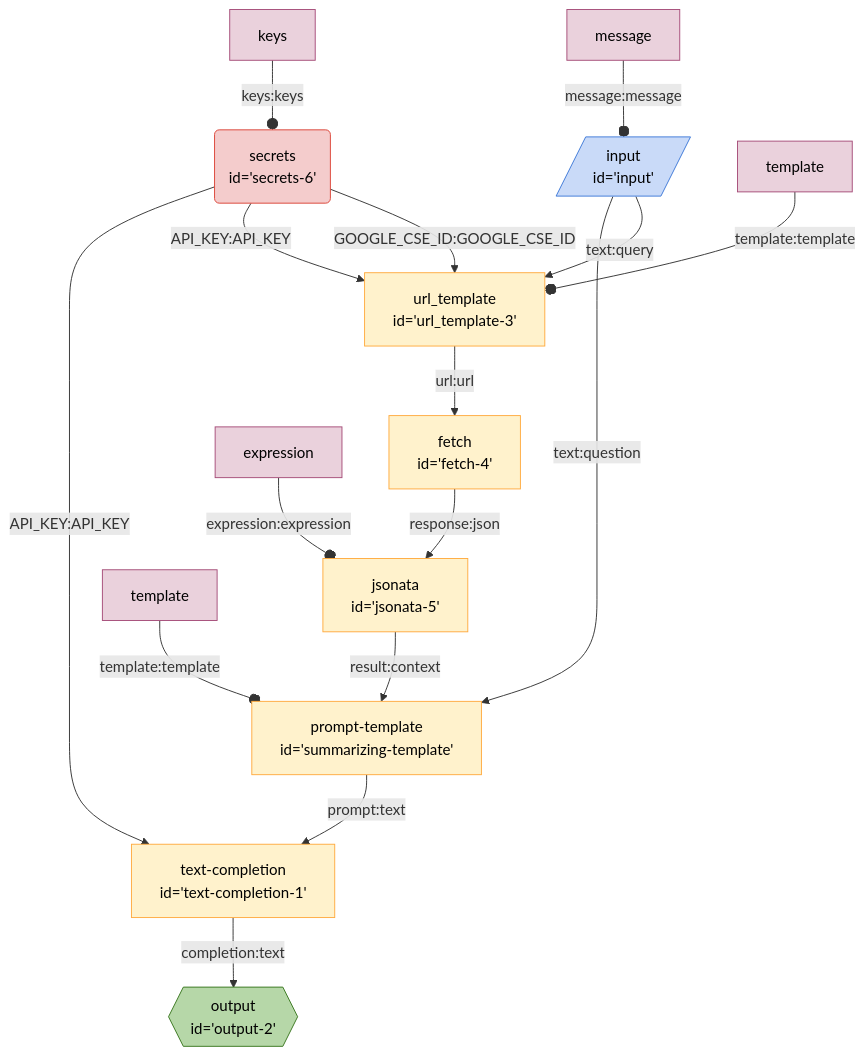
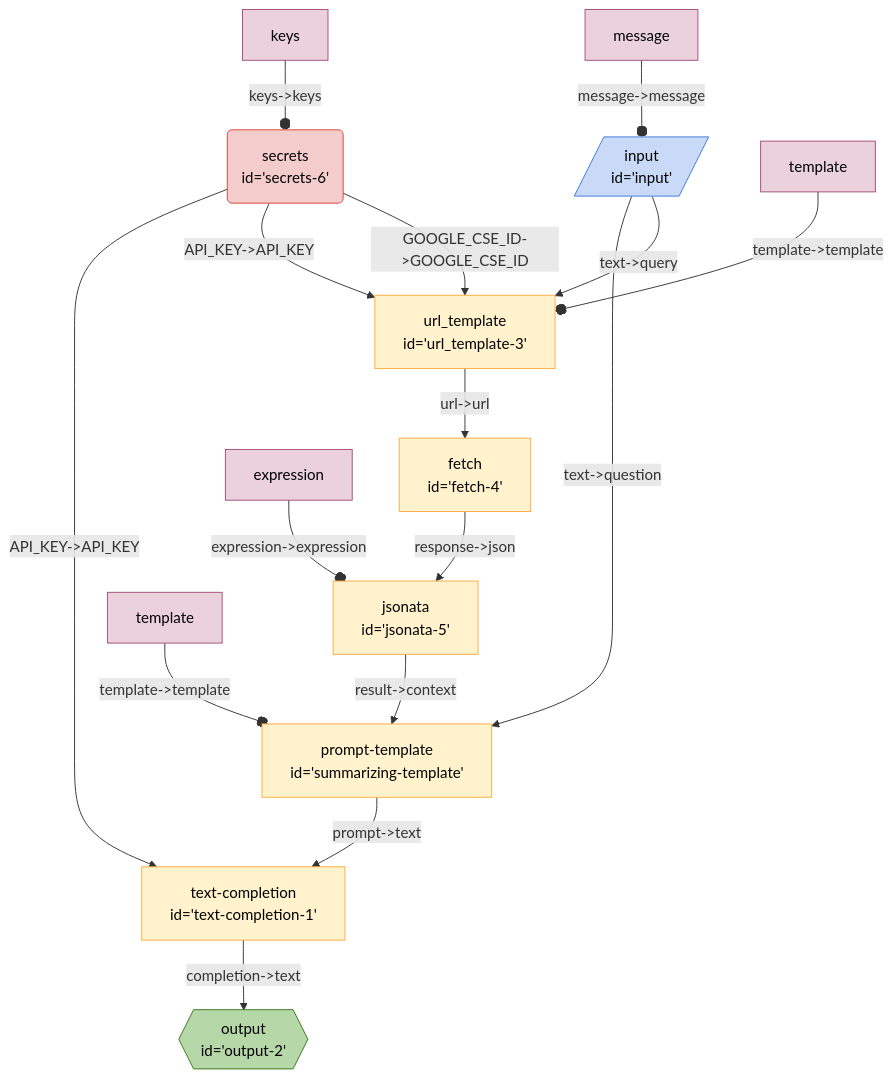
The diagram in seeds/graph-playground/docs/graphs/search-summarize-fetch.md (breadboard-ai/breadboard), drawn with Mermaid before and after one commit. The commit also changed other lines of this file and 11 other files, not shown here.

First line of the commit message:
[graph-playground] Generate `accumulating-context`.

````diff
--- a/seeds/graph-playground/docs/graphs/search-summarize-fetch.md
+++ b/seeds/graph-playground/docs/graphs/search-summarize-fetch.md
@@ -6,47 +5,47 @@
   ```mermaid
   %%{init: 'themeVariables': { 'fontFamily': 'Fira Code, monospace' }}%%
 graph TD;
 textcompletion1["text-completion
-id='text-completion-1'"] -- completion:text --> output2{{"output
+id='text-completion-1'"] -- "completion->text" --> output2{{"output
 id='output-2'"}}:::output
 summarizingtemplate["prompt-template
-id='summarizing-template'"] -- prompt:text --> textcompletion1["text-completion
+id='summarizing-template'"] -- "prompt->text" --> textcompletion1["text-completion
 id='text-completion-1'"]
 jsonata5["jsonata
-id='jsonata-5'"] -- result:context --> summarizingtemplate["prompt-template
+id='jsonata-5'"] -- "result->context" --> summarizingtemplate["prompt-template
 id='summarizing-template'"]
 fetch4["fetch
-id='fetch-4'"] -- response:json --> jsonata5["jsonata
+id='fetch-4'"] -- "response->json" --> jsonata5["jsonata
 id='jsonata-5'"]
 url_template3["url_template
-id='url_template-3'"] -- url:url --> fetch4["fetch
+id='url_template-3'"] -- "url->url" --> fetch4["fetch
 id='fetch-4'"]
 secrets6("secrets
-id='secrets-6'"):::secrets -- API_KEY:API_KEY --> textcompletion1["text-completion
+id='secrets-6'"):::secrets -- "API_KEY->API_KEY" --> textcompletion1["text-completion
 id='text-completion-1'"]
 secrets6("secrets
-id='secrets-6'"):::secrets -- API_KEY:API_KEY --> url_template3["url_template
+id='secrets-6'"):::secrets -- "API_KEY->API_KEY" --> url_template3["url_template
 id='url_template-3'"]
 secrets6("secrets
-id='secrets-6'"):::secrets -- GOOGLE_CSE_ID:GOOGLE_CSE_ID --> url_template3["url_template
+id='secrets-6'"):::secrets -- "GOOGLE_CSE_ID->GOOGLE_CSE_ID" --> url_template3["url_template
 id='url_template-3'"]
 input[/"input
-id='input'"/]:::input -- text:question --> summarizingtemplate["prompt-template
+id='input'"/]:::input -- "text->question" --> summarizingtemplate["prompt-template
 id='summarizing-template'"]
 input[/"input
-id='input'"/]:::input -- text:query --> url_template3["url_template
+id='input'"/]:::input -- "text->query" --> url_template3["url_template
 id='url_template-3'"]
-templatesummarizingtemplate[template]:::config -- template:template --o summarizingtemplate
-templateurl_template3[template]:::config -- template:template --o url_template3
-expressionjsonata5[expression]:::config -- expression:expression --o jsonata5
-keyssecrets6[keys]:::config -- keys:keys --o secrets6
-messageinput[message]:::config -- message:message --o input
+templatesummarizingtemplate[template]:::config -- "template->template" --o summarizingtemplate
+templateurl_template3[template]:::config -- "template->template" --o url_template3
+expressionjsonata5[expression]:::config -- "expression->expression" --o jsonata5
+keyssecrets6[keys]:::config -- "keys->keys" --o secrets6
+messageinput[message]:::config -- "message->message" --o input
 classDef default stroke:#ffab40,fill:#fff2ccff,color:#000
 classDef input stroke:#3c78d8,fill:#c9daf8ff,color:#000
 classDef output stroke:#38761d,fill:#b6d7a8ff,color:#000
 classDef passthrough stroke:#a64d79,fill:#ead1dcff,color:#000
 classDef slot stroke:#a64d79,fill:#ead1dcff,color:#000
 classDef config stroke:#a64d79,fill:#ead1dcff,color:#000
 classDef secrets stroke:#db4437,fill:#f4cccc,color:#000
 classDef slotted stroke:#a64d79
   ```
````
